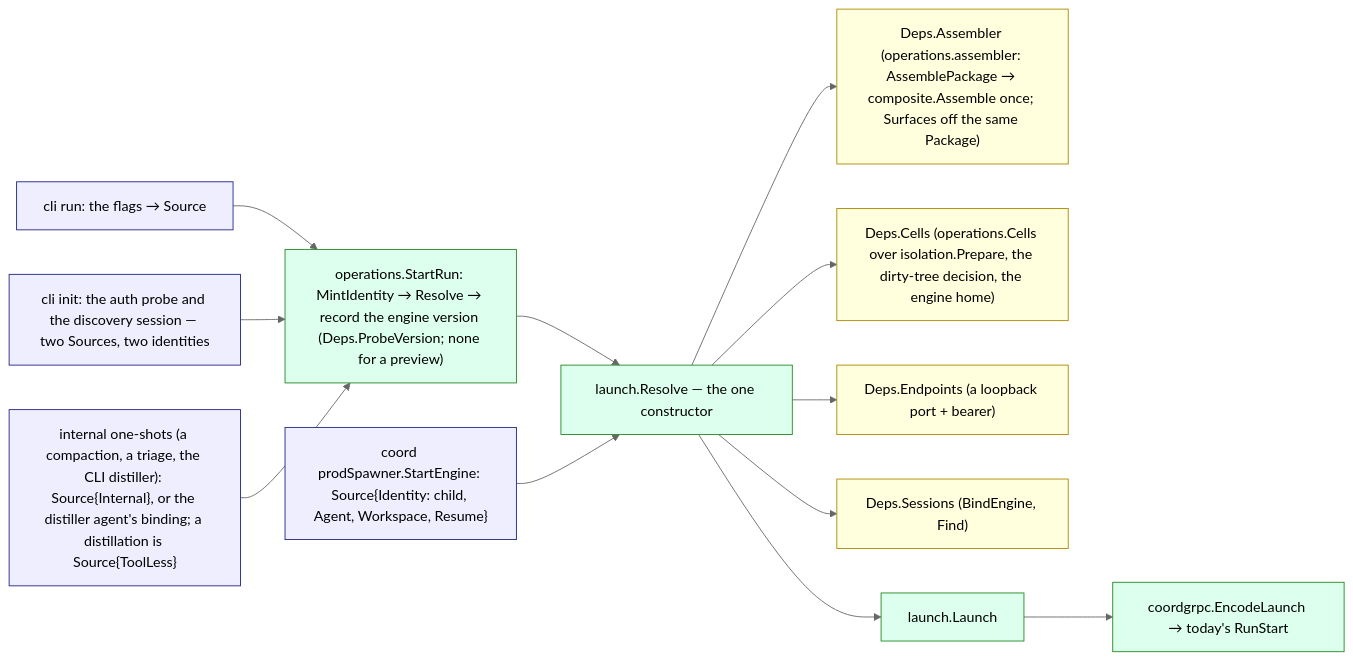
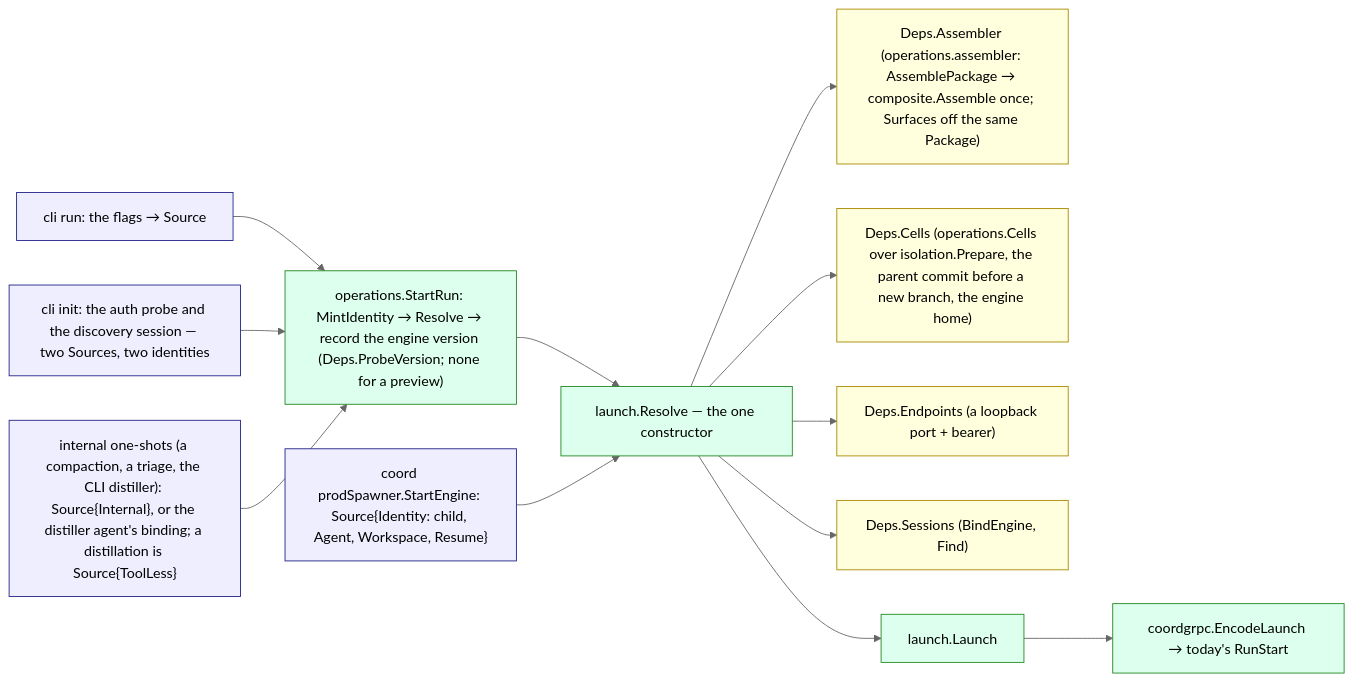
The diagram in docs/architecture/core/launch.md (ctxloom/ctxloom), drawn with Mermaid (neutral theme) before and after one commit. The commit also changed 23 other files, not shown here.

````diff
--- a/docs/architecture/core/launch.md
+++ b/docs/architecture/core/launch.md
@@ -20,22 +20,22 @@
 ```mermaid
 flowchart LR
   classDef src fill:#eef,stroke:#228
   classDef core fill:#dfe,stroke:#282
   classDef port fill:#ffd,stroke:#a80
   RUN["cli run: the flags → Source"]:::src
   INIT["cli init: the auth probe and the discovery session — two Sources, two identities"]:::src
   ONE["internal one-shots (a compaction, a triage, the CLI distiller): Source{Internal}, or the distiller agent's binding; a distillation is Source{ToolLess}"]:::src
   SPAWN["coord prodSpawner.StartEngine: Source{Identity: child, Agent, Workspace, Resume}"]:::src
   START["operations.StartRun: MintIdentity → Resolve → record the engine version (Deps.ProbeVersion; none for a preview)"]:::core
   RES["launch.Resolve — the one constructor"]:::core
   ASM["Deps.Assembler (operations.assembler: AssemblePackage → composite.Assemble once; Surfaces off the same Package)"]:::port
-  CELLS["Deps.Cells (operations.Cells over isolation.Prepare, the dirty-tree decision, the engine home)"]:::port
+  CELLS["Deps.Cells (operations.Cells over isolation.Prepare, the parent commit before a new branch, the engine home)"]:::port
   EPM["Deps.Endpoints (a loopback port + bearer)"]:::port
   STORE["Deps.Sessions (BindEngine, Find)"]:::port
   L["launch.Launch"]:::core
   ENC["coordgrpc.EncodeLaunch → today's RunStart"]:::core
   RUN & INIT & ONE --> START --> RES
   SPAWN --> RES
   RES --> ASM & CELLS & EPM & STORE
   RES --> L --> ENC
 ```
````
